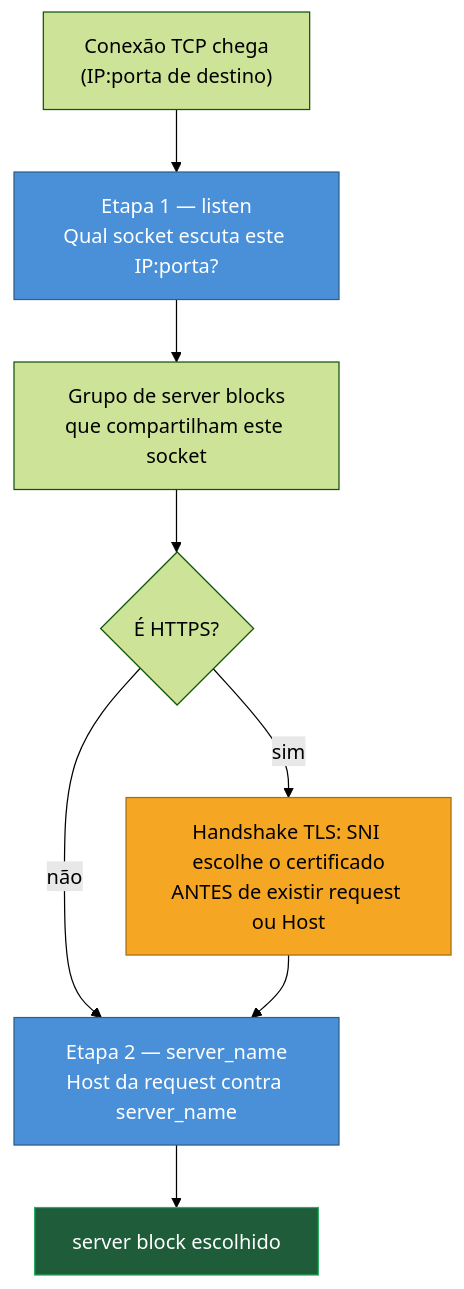
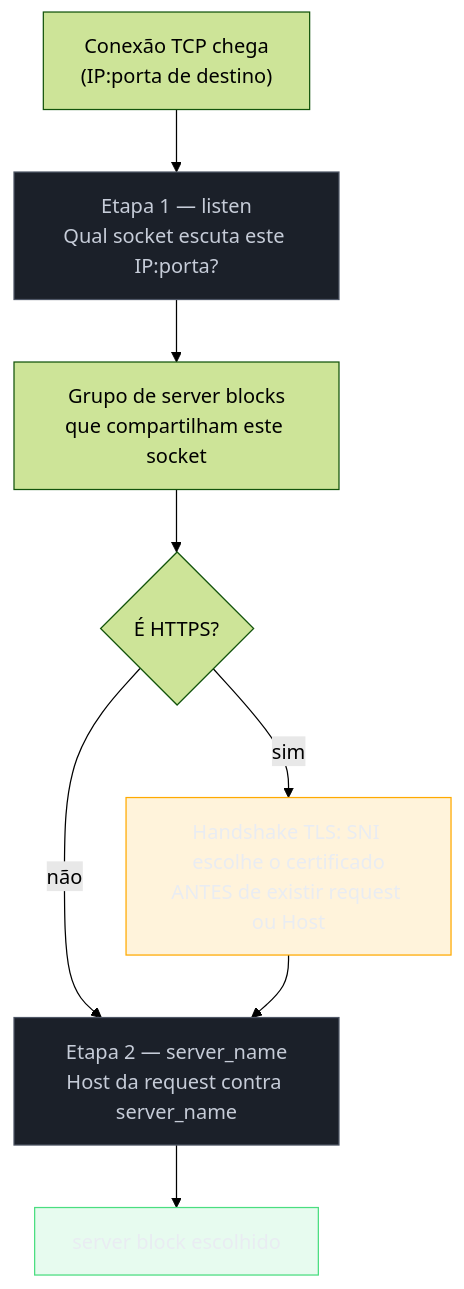
Before and after one commit to josenaldo/codex-technomanticus: the first of 3 diagrams in 03-Dominios/Tecnologia/Infraestrutura/Nginx/03 - Como o Nginx escolhe o server block.md, drawn with Mermaid (forest theme). The commit also changed other lines of this file and 1181 other files, not shown here.

First line of the commit message:
fix(diagramas): paleta do sistema no lugar de cor cravada no markdown

````diff
--- a/03-Dominios/Tecnologia/Infraestrutura/Nginx/03 - Como o Nginx escolhe o server block.md
+++ b/03-Dominios/Tecnologia/Infraestrutura/Nginx/03 - Como o Nginx escolhe o server block.md
@@ -30,15 +30,18 @@
 ```mermaid
 graph TB
+    classDef neutro fill:#1B2029,stroke:#4E5666,color:#C6CCD8
+    classDef destaque fill:#FFAA0024,stroke:#FFAA00,color:#E9ECF2
+    classDef ok fill:#4ADE8021,stroke:#4ADE80,color:#E9ECF2
     C["Conexão TCP chega<br/>(IP:porta de destino)"] --> S1["Etapa 1 — listen<br/>Qual socket escuta este IP:porta?"]
     S1 --> G["Grupo de server blocks<br/>que compartilham este socket"]
     G --> TLS{"É HTTPS?"}
     TLS -->|"sim"| SNI["Handshake TLS: SNI escolhe o certificado<br/>ANTES de existir request ou Host"]
     TLS -->|"não"| S2
     SNI --> S2["Etapa 2 — server_name<br/>Host da request contra server_name"]
     S2 --> R["server block escolhido"]
 
-    style S1 fill:#4A90D9,stroke:#2c5f8a,color:#fff
-    style S2 fill:#4A90D9,stroke:#2c5f8a,color:#fff
-    style SNI fill:#F5A623,stroke:#a66f10,color:#000
-    style R fill:#1e5c3a,stroke:#27ae60,color:#fff
+    class S1 neutro
+    class S2 neutro
+    class SNI destaque
+    class R ok
 ```
````
